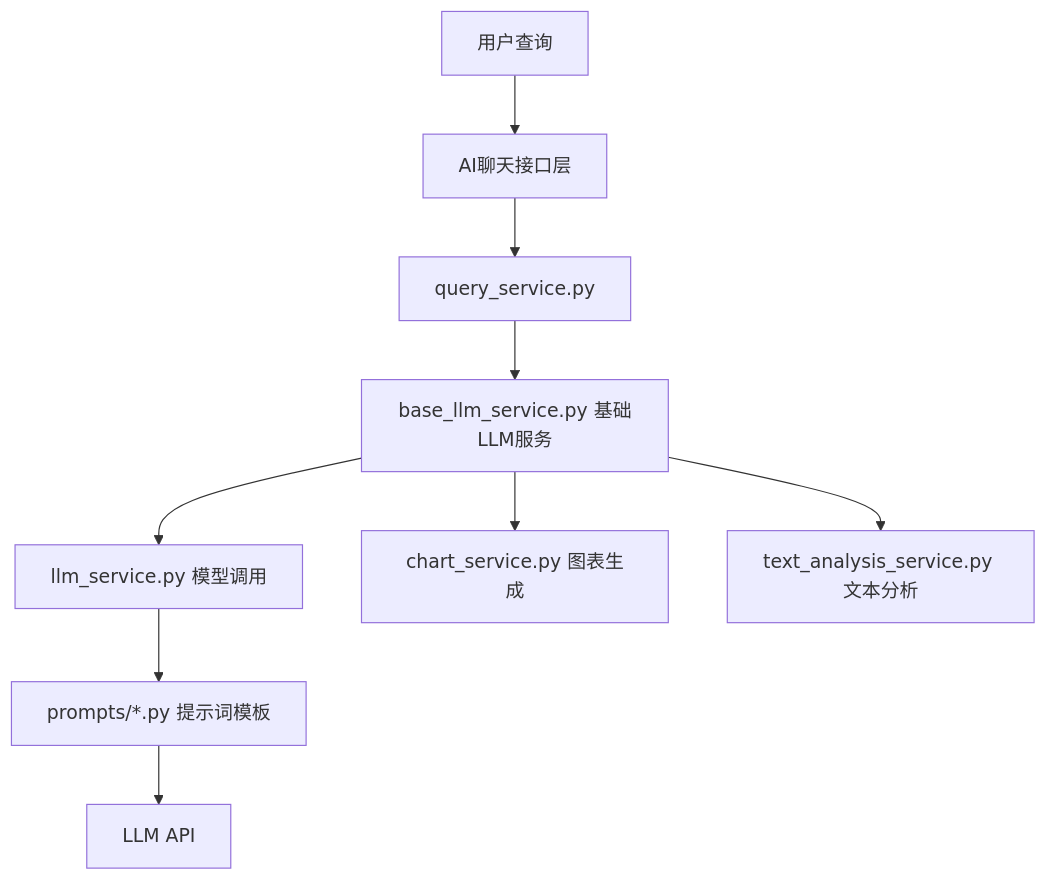
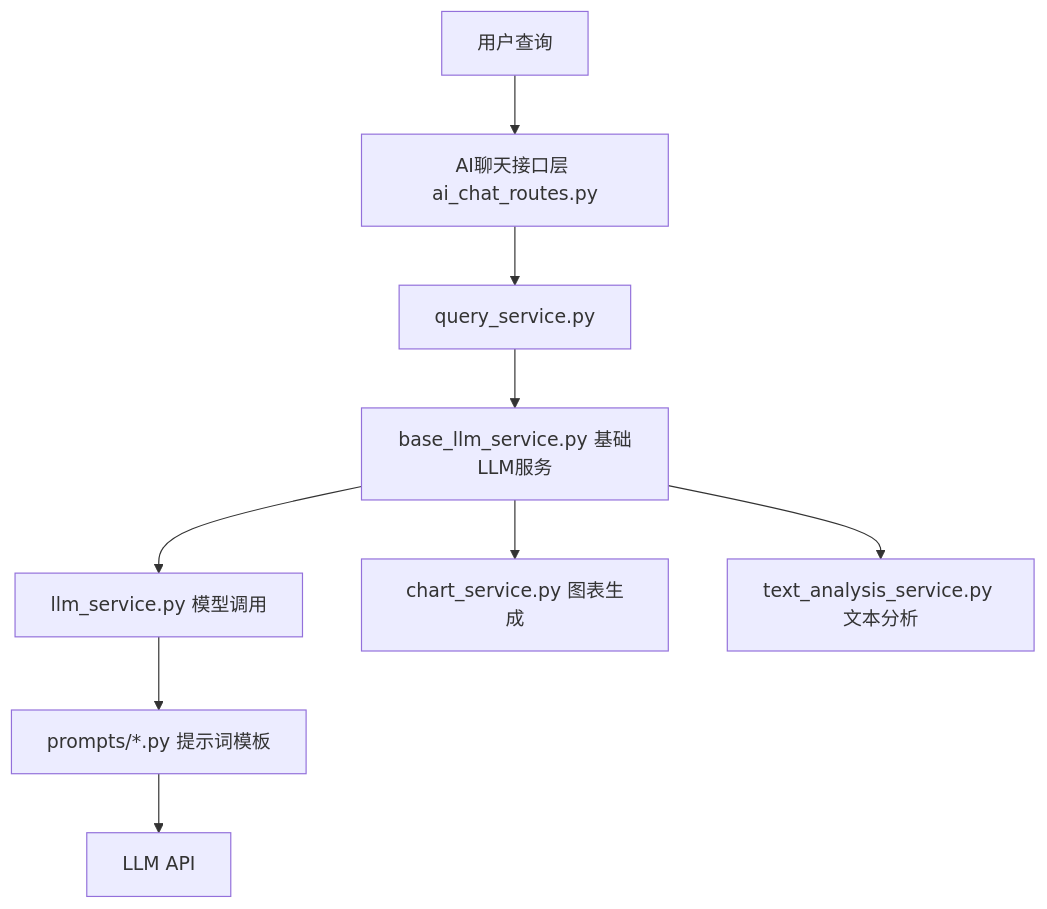
One commit to Alfred1109/medicalman changed the sixth of 6 diagrams in README.md. Above: the diagram before and after it, drawn with Mermaid. The commit also changed other lines of this file and 22 other files, not shown here.

````diff
--- a/README.md
+++ b/README.md
@@ -511,11 +510,11 @@
 ```mermaid
 graph TD
-    A[用户查询] --> B[AI聊天接口层]
+    A[用户查询] --> B[AI聊天接口层 ai_chat_routes.py]
     B --> C[query_service.py]
     C --> D[base_llm_service.py 基础LLM服务]
     D --> E[llm_service.py 模型调用]
     D --> F[chart_service.py 图表生成]
     D --> G[text_analysis_service.py 文本分析]
     E --> H[prompts/*.py 提示词模板]
     H --> I[LLM API]
 ```
````
